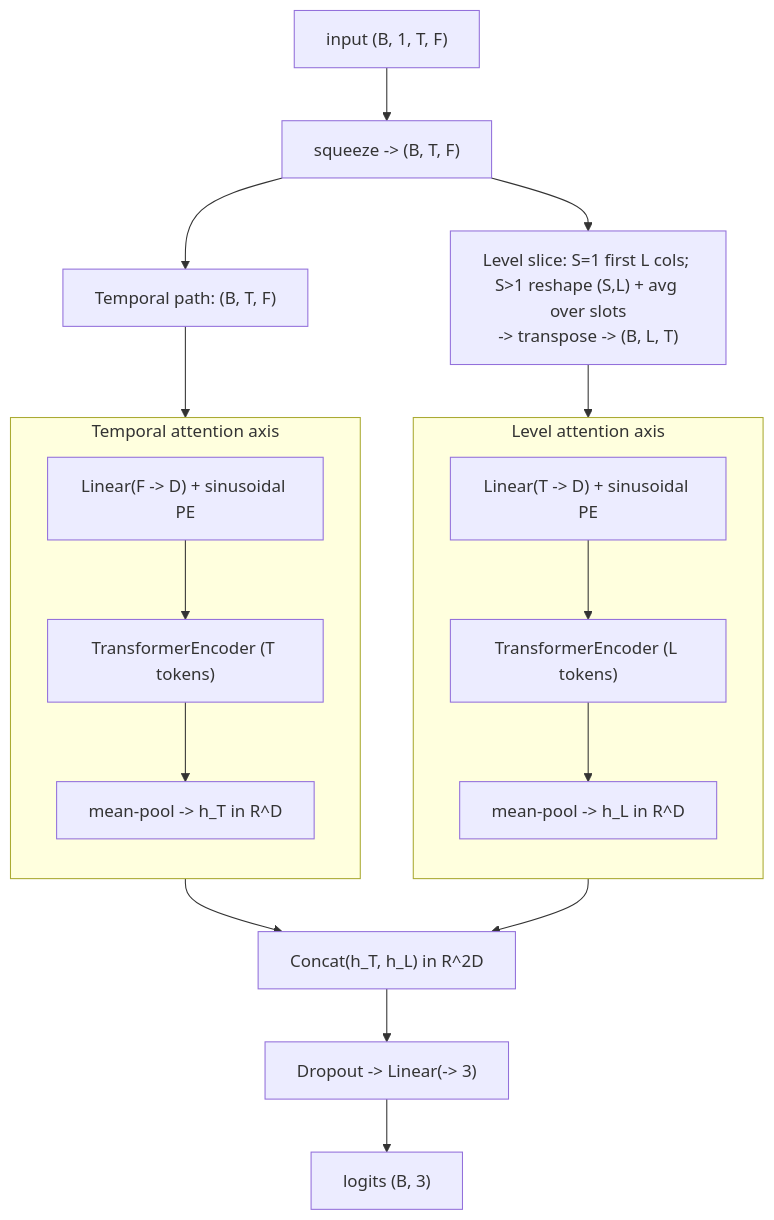
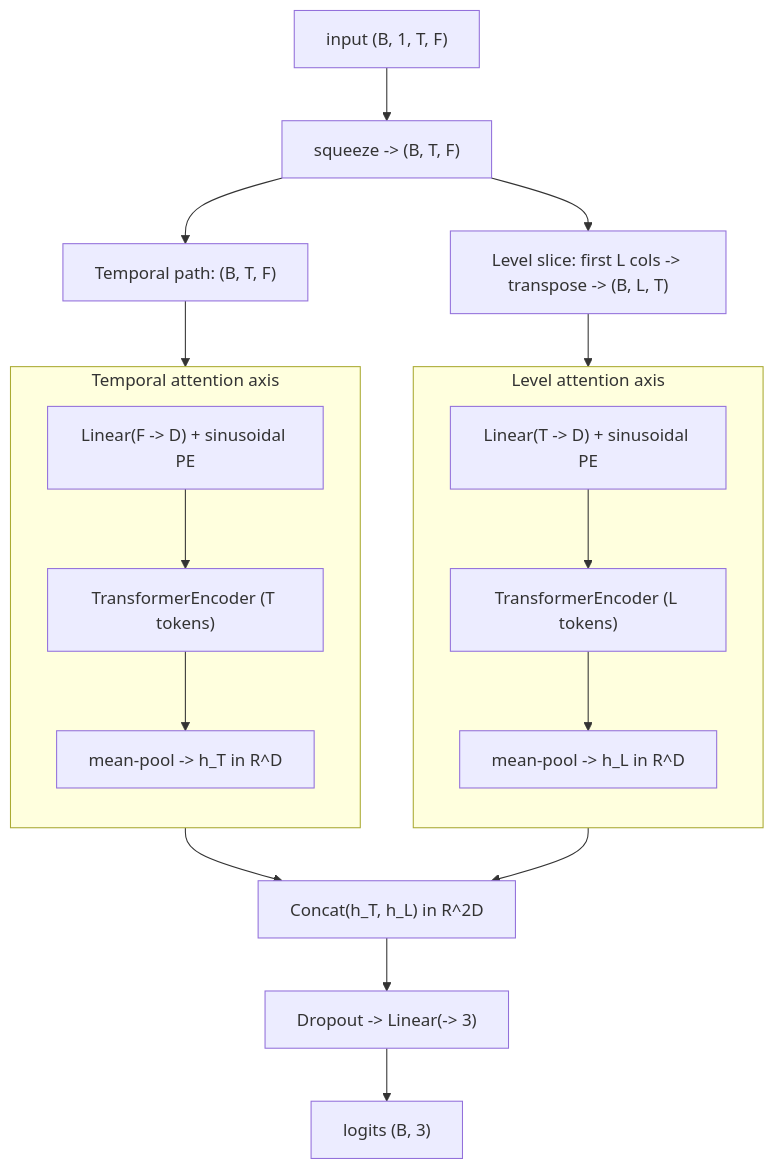
Before and after one commit to ArshiAbolghasemi/Penny: the diagram in docs/models/ofsatnet.md, drawn with Mermaid. The commit also changed other lines of this file and 4 other files, not shown here.

````diff
--- a/docs/models/ofsatnet.md
+++ b/docs/models/ofsatnet.md
@@ -38,26 +38,26 @@
 ```mermaid
 flowchart TD
     X["input (B, 1, T, F)"] --> S["squeeze -> (B, T, F)"]
 
     S --> TP["Temporal path: (B, T, F)"]
-    S --> LS["Level slice: S=1 first L cols; S>1 reshape (S,L) + avg over slots<br/>-> transpose -> (B, L, T)"]
+    S --> LS["Level slice: first L cols -> transpose -> (B, L, T)"]
 
     subgraph TEMP["Temporal attention axis"]
         direction TB
         T1["Linear(F -> D) + sinusoidal PE"] --> T2["TransformerEncoder (T tokens)"]
         T2 --> T3["mean-pool -> h_T in R^D"]
     end
     TP --> TEMP
 
     subgraph LEVEL["Level attention axis"]
         direction TB
         L1["Linear(T -> D) + sinusoidal PE"] --> L2["TransformerEncoder (L tokens)"]
         L2 --> L3["mean-pool -> h_L in R^D"]
     end
     LS --> LEVEL
 
     TEMP --> CAT["Concat(h_T, h_L) in R^2D"]
     LEVEL --> CAT
     CAT --> HEAD["Dropout -> Linear(-> 3)"]
     HEAD --> O["logits (B, 3)"]
 ```
````
